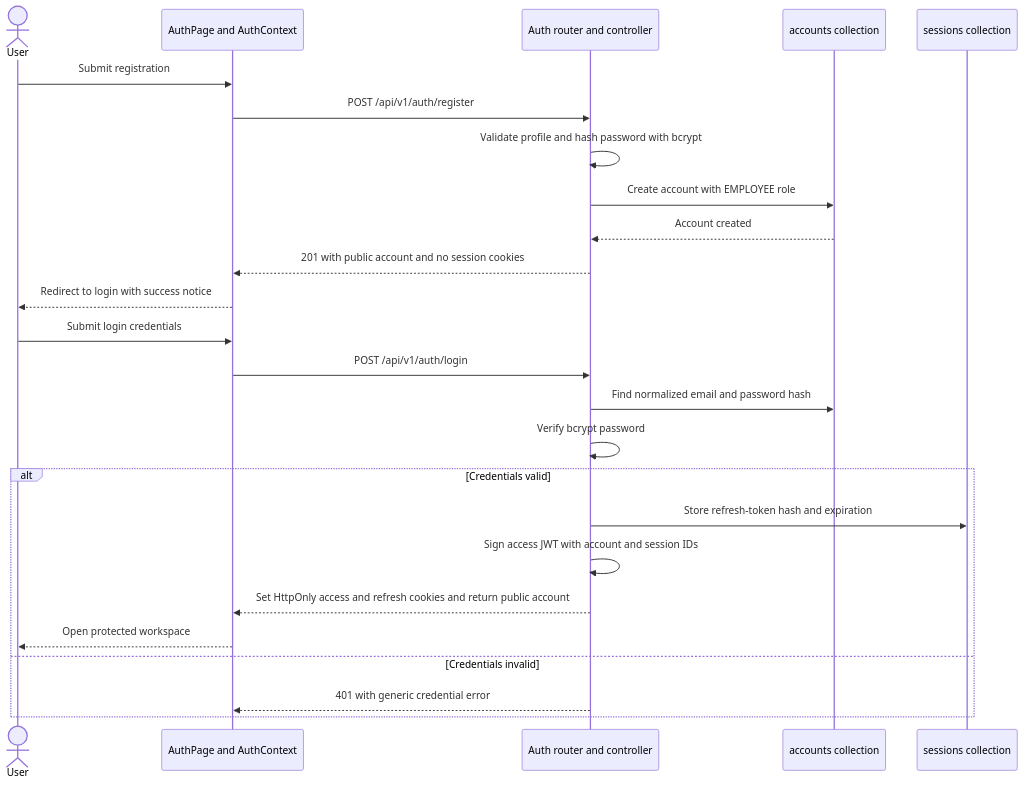
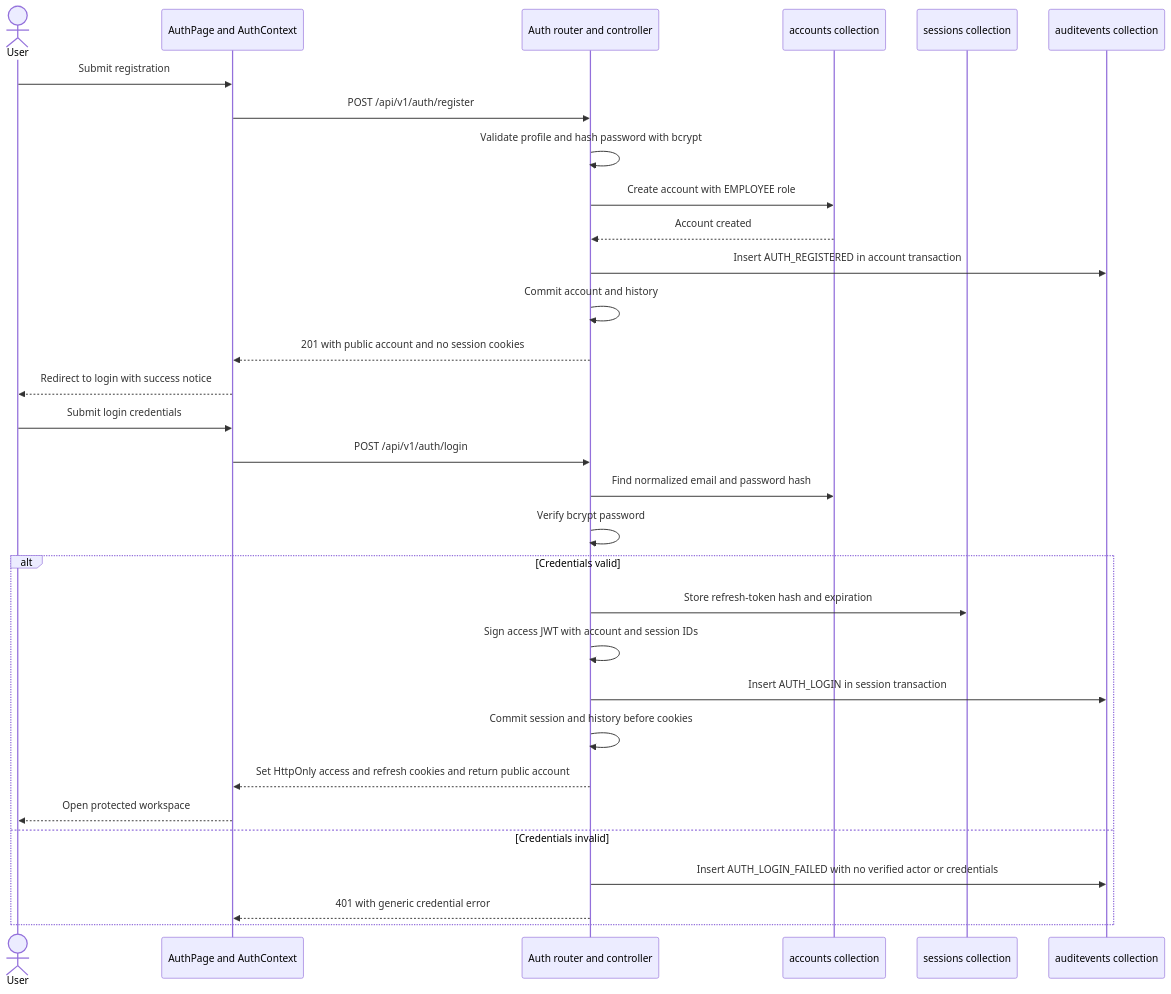
Before and after one commit to herve192-hub/WorkSphere: diagram 27 of 52 in README.md, drawn with Mermaid. The commit also changed other lines of this file and 51 other files, not shown here.

Commit message:
added audit history, API documentation, transactions, and supporting tests/configuration

````diff
--- a/README.md
+++ b/README.md
@@ -1210,27 +1303,33 @@
 ```mermaid
 sequenceDiagram
     actor User
     participant Web as AuthPage and AuthContext
     participant API as Auth router and controller
     participant Accounts as accounts collection
     participant Sessions as sessions collection
+    participant Audit as auditevents collection
     User->>Web: Submit registration
     Web->>API: POST /api/v1/auth/register
     API->>API: Validate profile and hash password with bcrypt
     API->>Accounts: Create account with EMPLOYEE role
     Accounts-->>API: Account created
+    API->>Audit: Insert AUTH_REGISTERED in account transaction
+    API->>API: Commit account and history
     API-->>Web: 201 with public account and no session cookies
     Web-->>User: Redirect to login with success notice
     User->>Web: Submit login credentials
     Web->>API: POST /api/v1/auth/login
     API->>Accounts: Find normalized email and password hash
     API->>API: Verify bcrypt password
     alt Credentials valid
         API->>Sessions: Store refresh-token hash and expiration
         API->>API: Sign access JWT with account and session IDs
+        API->>Audit: Insert AUTH_LOGIN in session transaction
+        API->>API: Commit session and history before cookies
         API-->>Web: Set HttpOnly access and refresh cookies and return public account
         Web-->>User: Open protected workspace
     else Credentials invalid
+        API->>Audit: Insert AUTH_LOGIN_FAILED with no verified actor or credentials
         API-->>Web: 401 with generic credential error
     end
 ```
````
